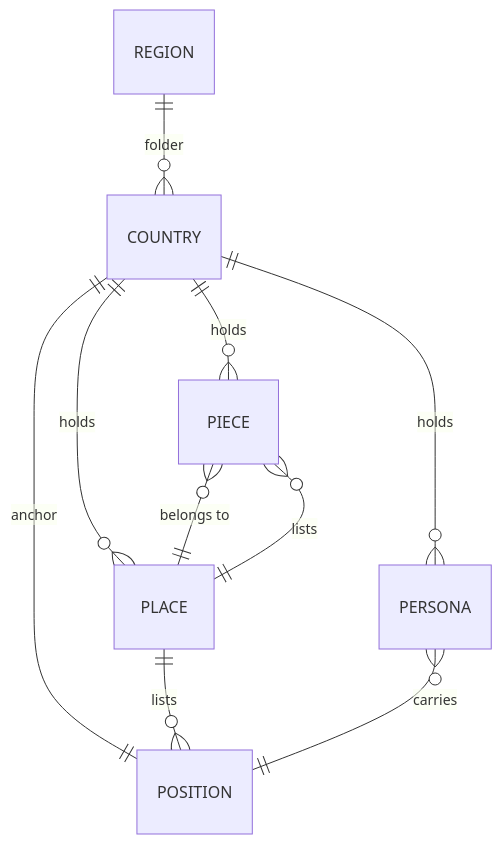
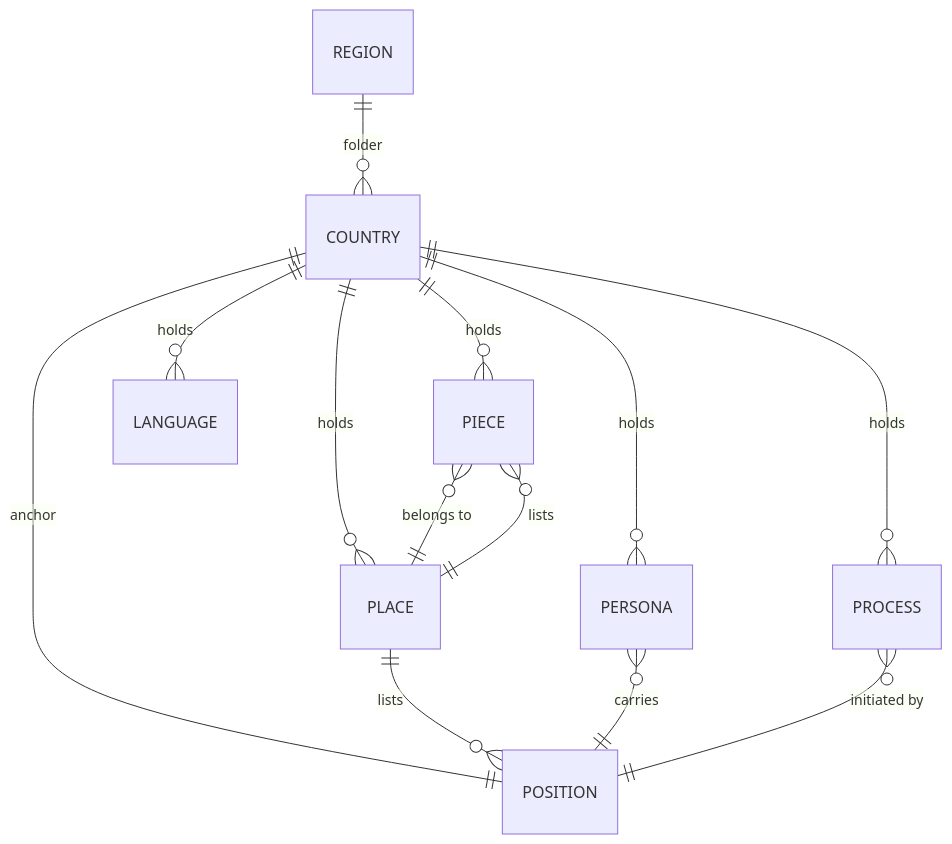
Before and after one commit to ChBrain/Cultures: the diagram in ARCHITECTURE.md, drawn with Mermaid. The commit also changed other lines of this file, not shown here.

First line of the commit message:
docs(architecture): document Language and Process file types; resolve persona naming

````diff
--- a/ARCHITECTURE.md
+++ b/ARCHITECTURE.md
@@ -247,12 +251,15 @@
 ```mermaid
 erDiagram
     REGION ||--o{ COUNTRY : "folder"
     COUNTRY ||--|| POSITION : "anchor"
     COUNTRY ||--o{ PIECE : "holds"
     COUNTRY ||--o{ PLACE : "holds"
     COUNTRY ||--o{ PERSONA : "holds"
+    COUNTRY ||--o{ LANGUAGE : "holds"
+    COUNTRY ||--o{ PROCESS : "holds"
     PIECE }o--|| PLACE : "belongs to"
     PLACE ||--o{ POSITION : "lists"
     PLACE ||--o{ PIECE : "lists"
     PERSONA }o--|| POSITION : "carries"
+    PROCESS }o--|| POSITION : "initiated by"
 ```
````
